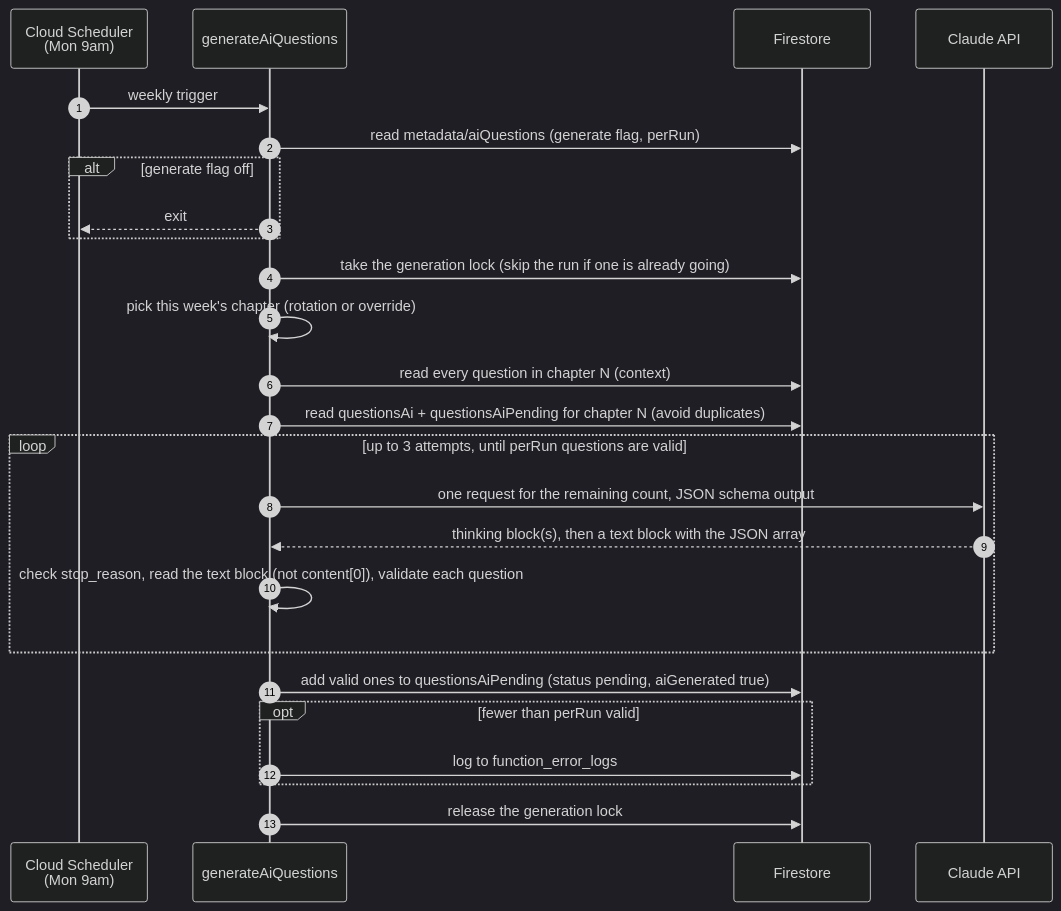
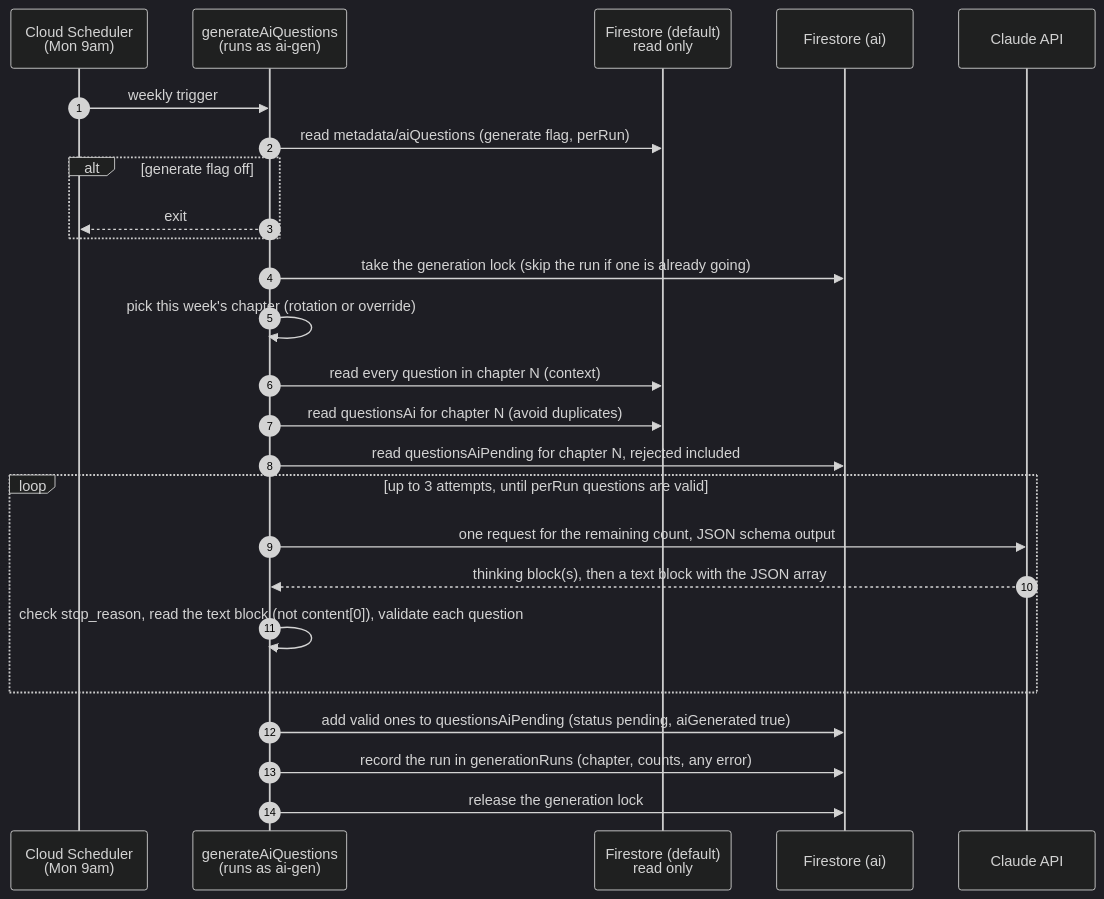
The third of 3 diagrams in docs/ai-question-flow.md (alexmcdermid/real-estate-quest-ai-gen), drawn with Mermaid (dark theme) before and after one commit. The commit also changed other lines of this file, not shown here.

````diff
--- a/docs/ai-question-flow.md
+++ b/docs/ai-question-flow.md
@@ -92,28 +109,28 @@
 ```mermaid
 sequenceDiagram
   autonumber
   participant S as Cloud Scheduler<br/>(Mon 9am)
-  participant G as generateAiQuestions
-  participant F as Firestore
+  participant G as generateAiQuestions<br/>(runs as ai-gen)
+  participant D as Firestore (default)<br/>read only
+  participant A as Firestore (ai)
   participant C as Claude API
 
   S->>G: weekly trigger
-  G->>F: read metadata/aiQuestions (generate flag, perRun)
+  G->>D: read metadata/aiQuestions (generate flag, perRun)
   alt generate flag off
     G-->>S: exit
   end
-  G->>F: take the generation lock (skip the run if one is already going)
+  G->>A: take the generation lock (skip the run if one is already going)
   G->>G: pick this week's chapter (rotation or override)
-  G->>F: read every question in chapter N (context)
-  G->>F: read questionsAi + questionsAiPending for chapter N (avoid duplicates)
+  G->>D: read every question in chapter N (context)
+  G->>D: read questionsAi for chapter N (avoid duplicates)
+  G->>A: read questionsAiPending for chapter N, rejected included
   loop up to 3 attempts, until perRun questions are valid
     G->>C: one request for the remaining count, JSON schema output
     C-->>G: thinking block(s), then a text block with the JSON array
     G->>G: check stop_reason, read the text block (not content[0]), validate each question
   end
-  G->>F: add valid ones to questionsAiPending (status pending, aiGenerated true)
-  opt fewer than perRun valid
-    G->>F: log to function_error_logs
-  end
-  G->>F: release the generation lock
+  G->>A: add valid ones to questionsAiPending (status pending, aiGenerated true)
+  G->>A: record the run in generationRuns (chapter, counts, any error)
+  G->>A: release the generation lock
 ```
````
